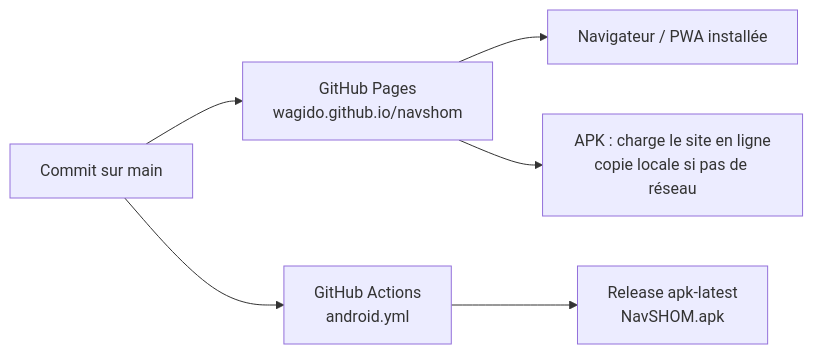
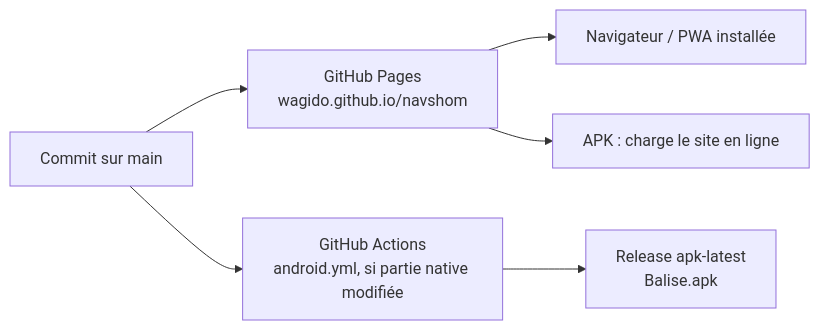
Before and after one commit to Wagido/navshom: the second of 2 diagrams in docs/ARCHITECTURE.md, drawn with Mermaid. The commit also changed other lines of this file, not shown here.

````diff
--- a/docs/ARCHITECTURE.md
+++ b/docs/ARCHITECTURE.md
@@ -131,8 +209,8 @@
 ```mermaid
 flowchart LR
   Dev[Commit sur main] --> Pages[GitHub Pages<br/>wagido.github.io/navshom]
-  Dev --> CI[GitHub Actions<br/>android.yml]
-  CI --> APK[Release apk-latest<br/>NavSHOM.apk]
+  Dev --> CI[GitHub Actions<br/>android.yml, si partie native modifiée]
+  CI --> APK[Release apk-latest<br/>Balise.apk]
   Pages --> PWA[Navigateur / PWA installée]
-  Pages --> APKrun[APK : charge le site en ligne<br/>copie locale si pas de réseau]
+  Pages --> APKrun[APK : charge le site en ligne]
 ```
````
